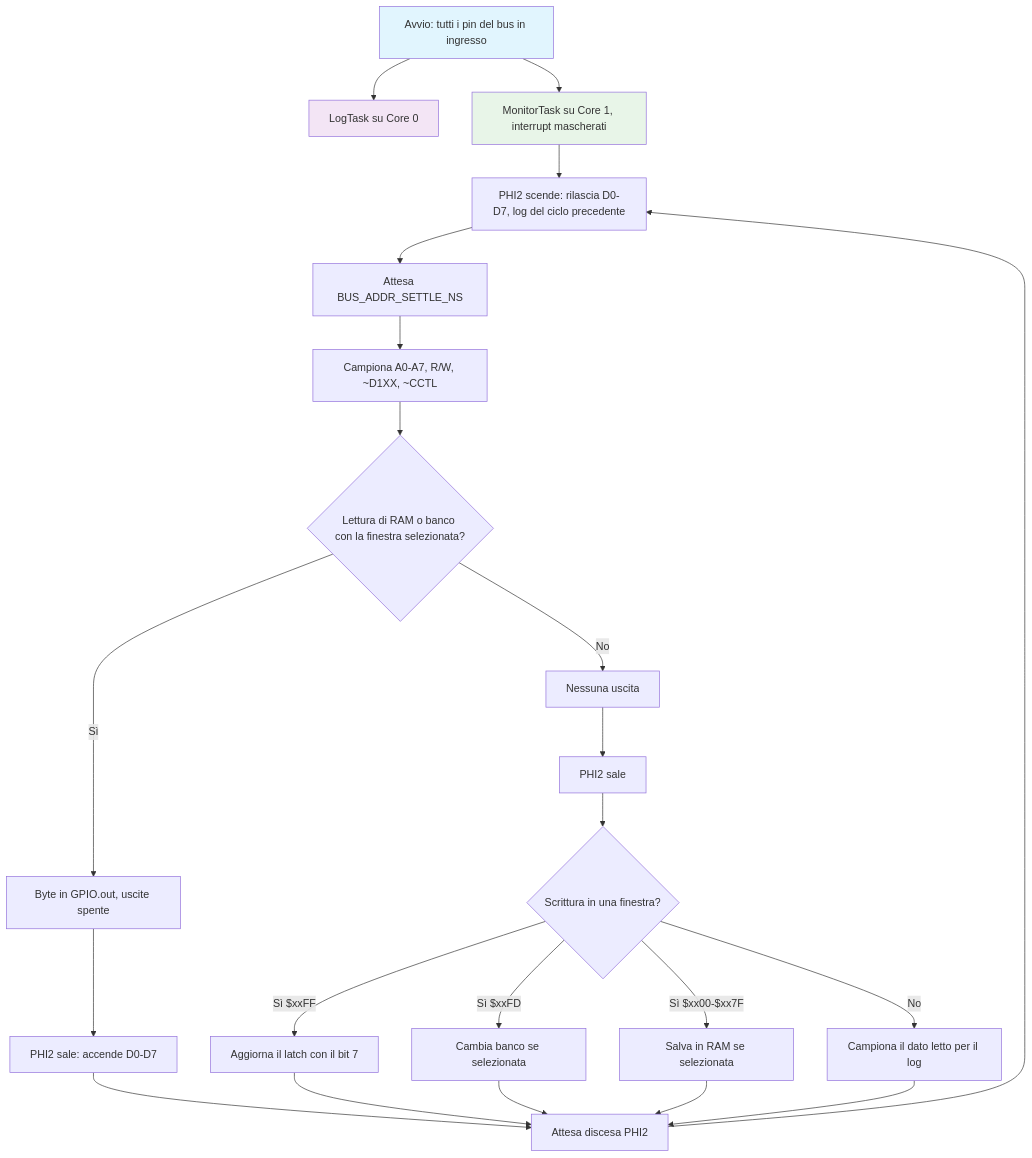
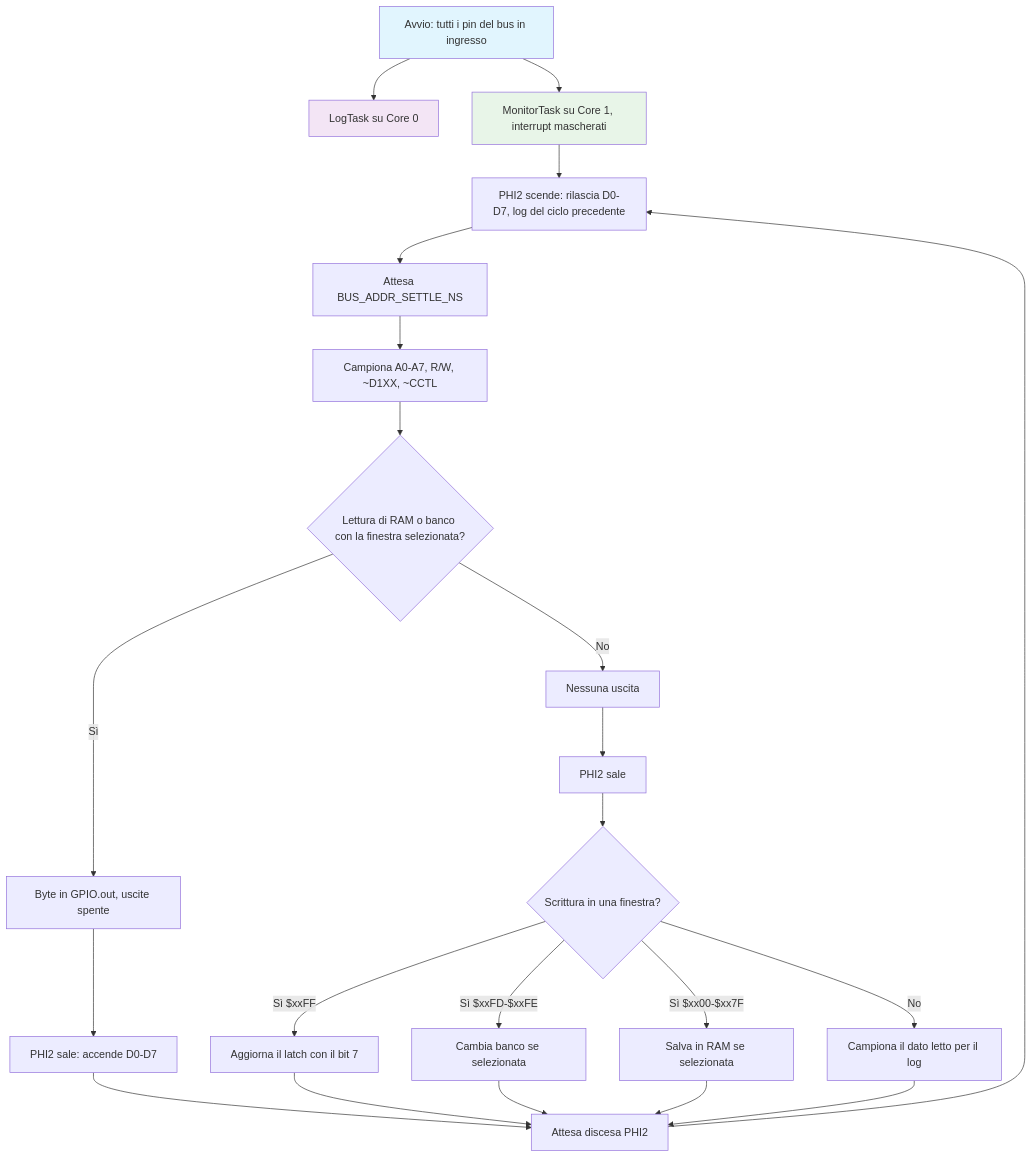
Before and after one commit to gianlucarenzi/ESP32-BOBOARD-5V: the second of 4 diagrams in README.md, drawn with Mermaid. The commit also changed other lines of this file and 9 other files, not shown here.

````diff
--- a/README.md
+++ b/README.md
@@ -314,28 +317,28 @@
 ```mermaid
 flowchart TD
     A[Avvio: tutti i pin del bus in ingresso] --> B[LogTask su Core 0]
     A --> C[MonitorTask su Core 1, interrupt mascherati]
     C --> D[PHI2 scende: rilascia D0-D7, log del ciclo precedente]
     D --> E[Attesa BUS_ADDR_SETTLE_NS]
     E --> F[Campiona A0-A7, R/W, ~D1XX, ~CCTL]
     F --> G{Lettura di RAM o banco con la finestra selezionata?}
     G -->|Sì| H[Byte in GPIO.out, uscite spente]
     G -->|No| I[Nessuna uscita]
     H --> J[PHI2 sale: accende D0-D7]
     I --> K[PHI2 sale]
     J --> L[Attesa discesa PHI2]
     K --> M{Scrittura in una finestra?}
     M -->|Sì $xxFF| N[Aggiorna il latch con il bit 7]
-    M -->|Sì $xxFD| Q[Cambia banco se selezionata]
+    M -->|Sì $xxFD-$xxFE| Q[Cambia banco se selezionata]
     M -->|Sì $xx00-$xx7F| O[Salva in RAM se selezionata]
     M -->|No| P[Campiona il dato letto per il log]
     N --> L
     Q --> L
     O --> L
     P --> L
     L --> D
 
     style A fill:#e1f5fe
     style B fill:#f3e5f5
     style C fill:#e8f5e8
 ```
````
